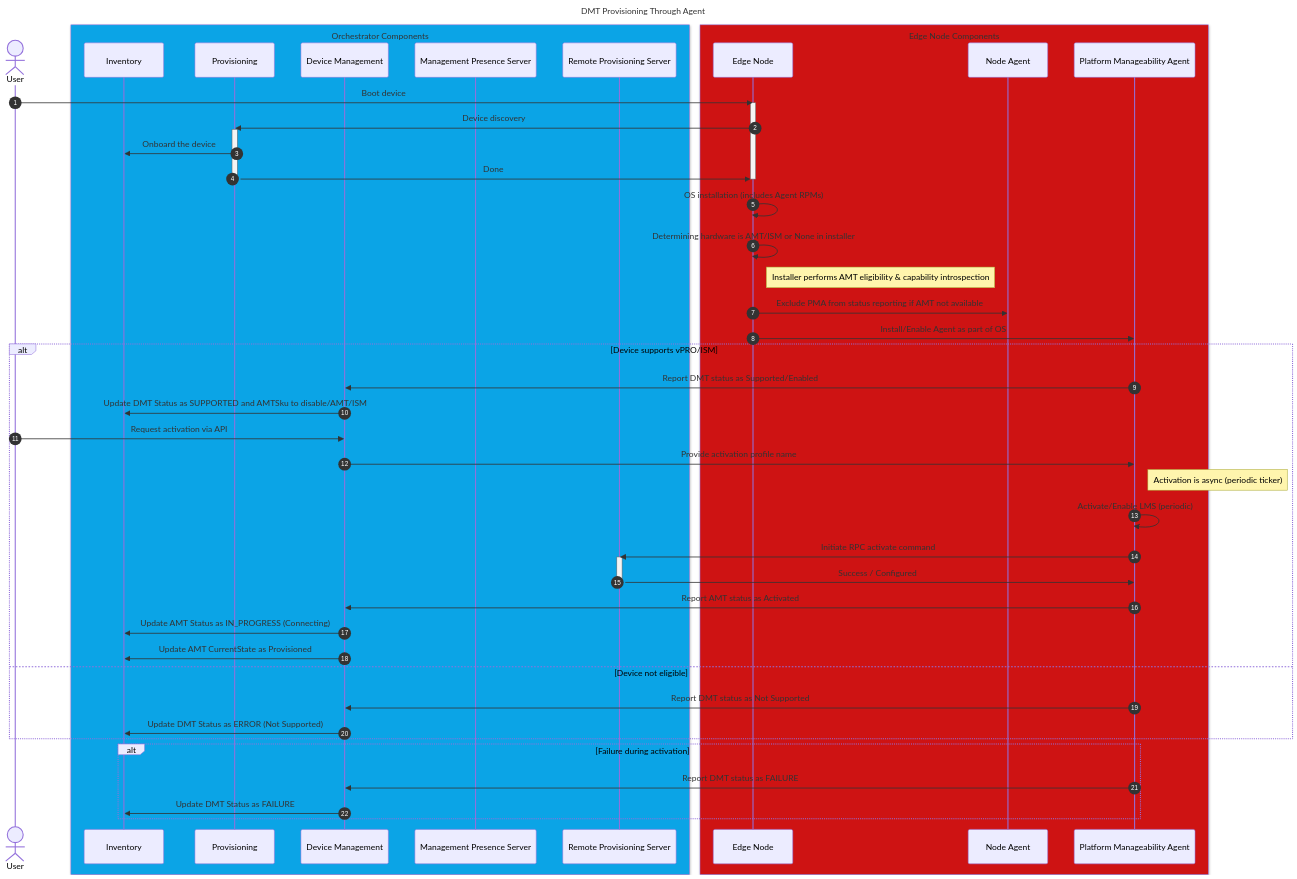
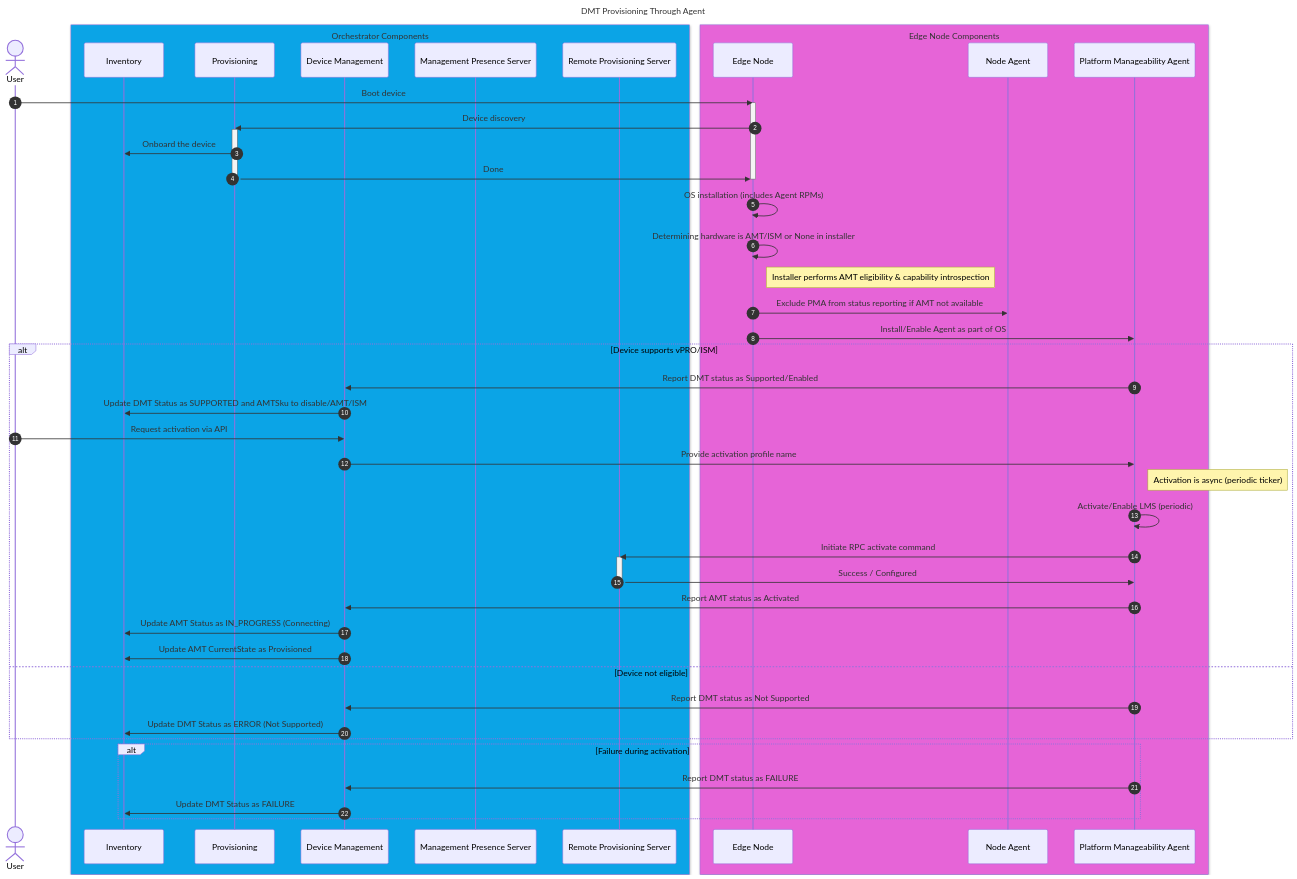
The diagram in design-proposals/vpro-device.md (open-edge-platform/edge-manageability-framework), drawn with Mermaid before and after one commit.

Commit message:
lighter shades of pink

````diff
--- a/design-proposals/vpro-device.md
+++ b/design-proposals/vpro-device.md
@@ -59,67 +59,67 @@
 ```mermaid
 sequenceDiagram
     autonumber
     title DMT Provisioning Through Agent
 
     actor us as User
 
     box rgba(11, 164, 230, 1) Orchestrator Components
         participant inv as Inventory
         participant ps as Provisioning
         participant dm as Device Management
         participant mps as Management Presence Server
         participant rps as Remote Provisioning Server
     end
 
-    box rgba(206, 19, 19, 1) Edge Node Components
+    box rgba(230, 100, 215, 1) Edge Node Components
         participant en as Edge Node
         participant nagent as Node Agent
         participant agent as Platform Manageability Agent
     end
 
     us ->> en: Boot device
     activate en
     en ->> ps:  Device discovery
     activate ps
     ps ->> inv:  Onboard the device
     ps ->> en:  Done
     deactivate ps
     deactivate en
 
     en ->> en:  OS installation (includes Agent RPMs)
     en ->> en: Determining hardware is AMT/ISM or None in installer
     Note right of en: Installer performs AMT eligibility & capability introspection
     en ->> nagent:  Exclude PMA from status reporting if AMT not available
     en ->> agent:  Install/Enable Agent as part of OS
 
     
 
     alt Device supports vPRO/ISM
         agent ->> dm:  Report DMT status as Supported/Enabled
         dm ->> inv:  Update DMT Status as SUPPORTED and AMTSku to disable/AMT/ISM
 
         us ->> dm:  Request activation via API
         dm ->> agent:  Provide activation profile name
 
         Note right of agent: Activation is async (periodic ticker)
 
         agent ->> agent:  Activate/Enable LMS (periodic)
         agent ->> rps:  Initiate RPC activate command
         activate rps
         rps ->> agent:  Success / Configured
         deactivate rps
 
         agent ->> dm:  Report AMT status as Activated
         dm ->> inv:  Update AMT Status as IN_PROGRESS (Connecting)
         dm ->> inv:  Update AMT CurrentState as Provisioned
 
     else Device not eligible
         agent ->> dm:  Report DMT status as Not Supported
         dm ->> inv:  Update DMT Status as ERROR (Not Supported)
     end
 
     alt Failure during activation
         agent ->> dm:  Report DMT status as FAILURE
         dm ->> inv:  Update DMT Status as FAILURE
     end
 ```
````
